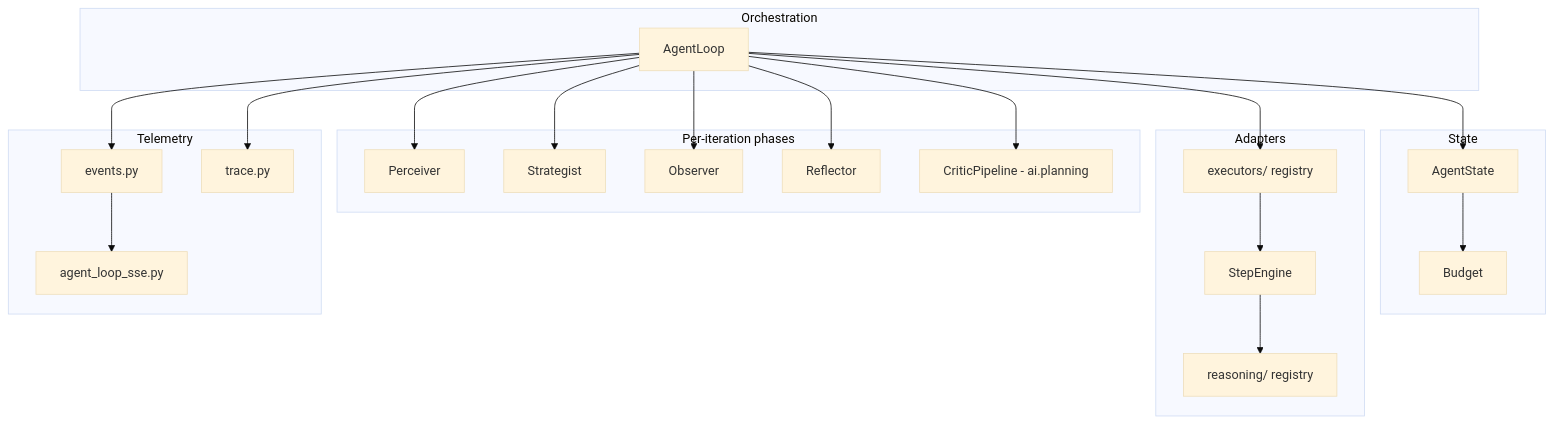
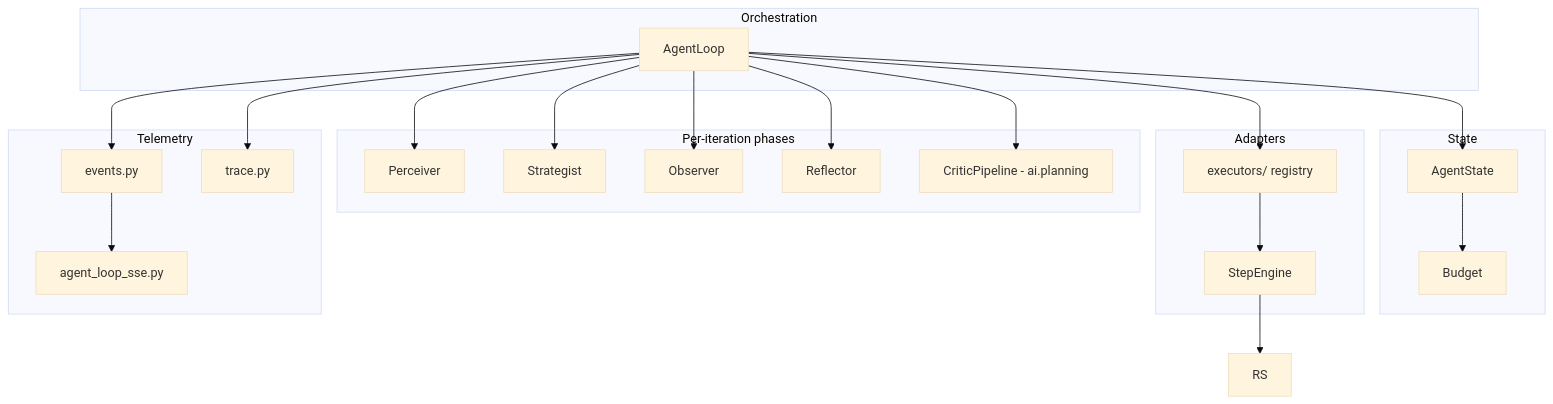
Before and after one commit to gondolerahul/hire-buddha-app: the second of 25 diagrams in docs/current/05-agent-kernel.md, drawn with Mermaid (base theme). The commit also changed other lines of this file and 11 other files, not shown here.

First line of the commit message:
refactor(llm): delete the always-zero LLMResponse.cost_usd and the uncalled reasoning registry (LP-02, LP-14, LP-13)

````diff
--- a/docs/current/05-agent-kernel.md
+++ b/docs/current/05-agent-kernel.md
@@ -95,35 +95,34 @@
 ```mermaid
 graph TB
     subgraph ORCH["Orchestration"]
         AL["AgentLoop"]
     end
     subgraph PHASES["Per-iteration phases"]
         PER["Perceiver"]
         STR["Strategist"]
         OBS["Observer"]
         REF["Reflector"]
         CP["CriticPipeline - ai.planning"]
     end
     subgraph STATE["State"]
         AS["AgentState"]
         BUD["Budget"]
     end
     subgraph ADAPT["Adapters"]
         EX["executors/ registry"]
-        RS["reasoning/ registry"]
         SE["StepEngine"]
     end
     subgraph OUT["Telemetry"]
         EV["events.py"]
         SSE["agent_loop_sse.py"]
         TR["trace.py"]
     end
     AL --> PER & STR & OBS & REF & CP
     AL --> AS
     AS --> BUD
     AL --> EX
     EX --> SE
     SE --> RS
     AL --> EV --> SSE
     AL --> TR
 ```
````
